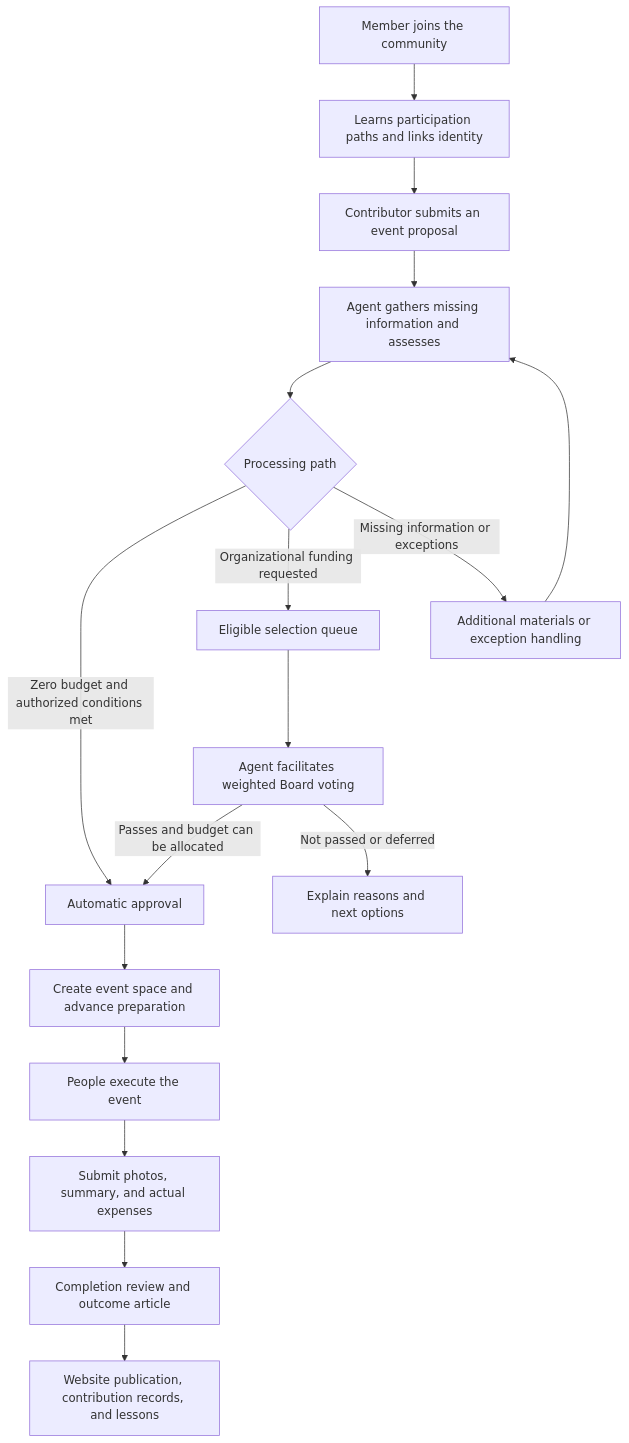
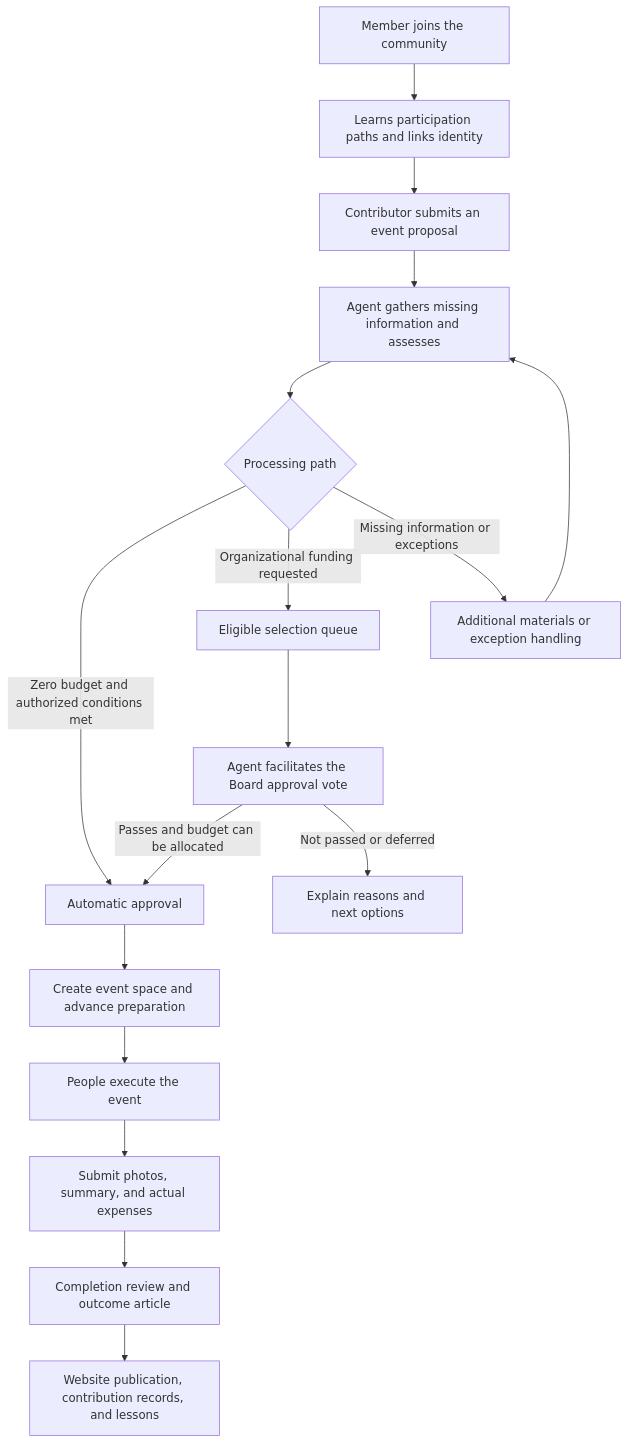
One commit to tempest2023/rein-agent changed the diagram in docs/PRD-agent-community-operations.md. Above: the diagram before and after it, drawn with Mermaid. The commit also changed other lines of this file and 68 other files, not shown here.

````diff
--- a/docs/PRD-agent-community-operations.md
+++ b/docs/PRD-agent-community-operations.md
@@ -139,19 +223,19 @@
 ```mermaid
 flowchart TD
     A[Member joins the community] --> B[Learns participation paths and links identity]
     B --> C[Contributor submits an event proposal]
     C --> D[Agent gathers missing information and assesses]
     D --> E{Processing path}
     E -->|Zero budget and authorized conditions met| F[Automatic approval]
     E -->|Organizational funding requested| G[Eligible selection queue]
     E -->|Missing information or exceptions| H[Additional materials or exception handling]
     H --> D
-    G --> I[Agent facilitates weighted Board voting]
+    G --> I[Agent facilitates the Board approval vote]
     I -->|Passes and budget can be allocated| F
     I -->|Not passed or deferred| J[Explain reasons and next options]
     F --> K[Create event space and advance preparation]
     K --> L[People execute the event]
     L --> M[Submit photos, summary, and actual expenses]
     M --> N[Completion review and outcome article]
     N --> O[Website publication, contribution records, and lessons]
 ```
````
